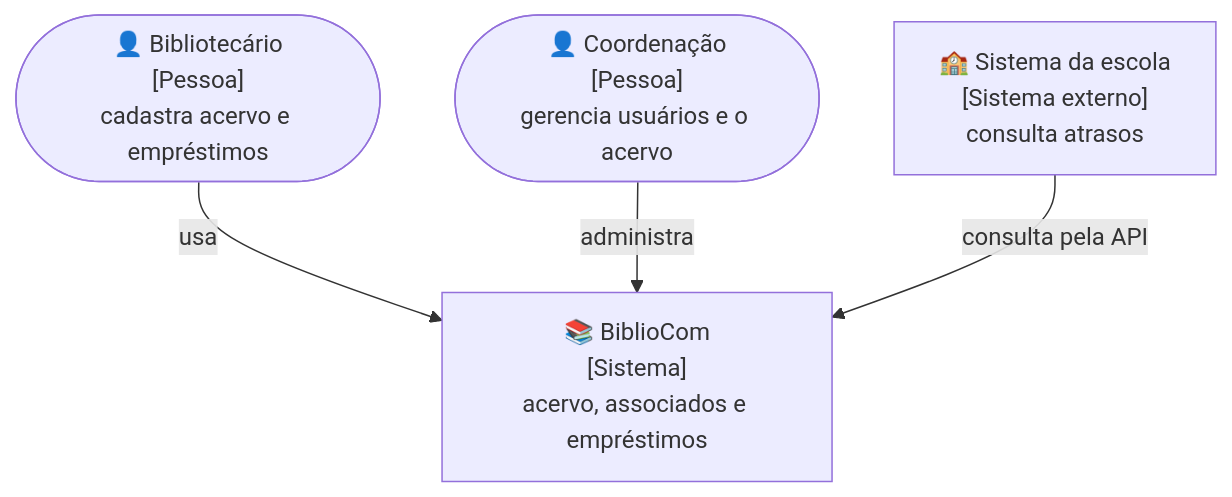
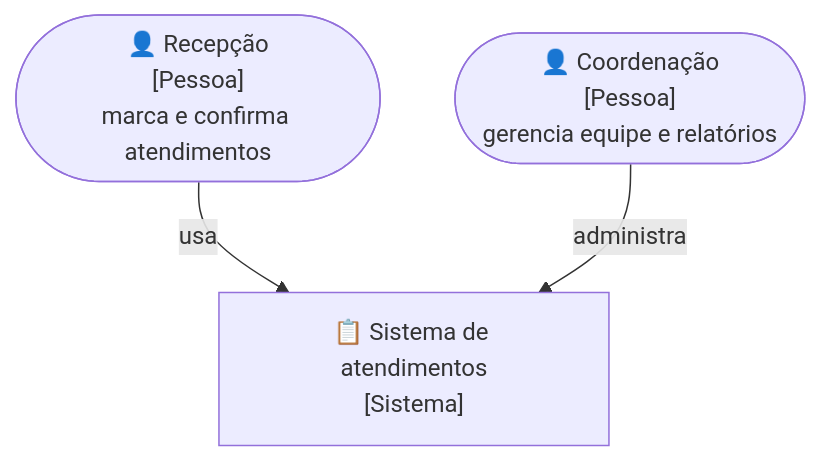
One commit to heliobentzen/dpw changed the first of 3 diagrams in modulos/02-arquitetura-desacoplada/README.md. Above: the diagram before and after it, drawn with Mermaid. The commit also changed other lines of this file and 78 other files, not shown here.

````diff
--- a/modulos/02-arquitetura-desacoplada/README.md
+++ b/modulos/02-arquitetura-desacoplada/README.md
@@ -133,10 +70,8 @@
 ```mermaid
 flowchart TB
-    B(["👤 Bibliotecário<br/>[Pessoa]<br/>cadastra acervo e empréstimos"])
-    C(["👤 Coordenação<br/>[Pessoa]<br/>gerencia usuários e o acervo"])
-    S["📚 BiblioCom<br/>[Sistema]<br/>acervo, associados e empréstimos"]
-    E["🏫 Sistema da escola<br/>[Sistema externo]<br/>consulta atrasos"]
-    B -- "usa" --> S
+    R(["👤 Recepção<br/>[Pessoa]<br/>marca e confirma atendimentos"])
+    C(["👤 Coordenação<br/>[Pessoa]<br/>gerencia equipe e relatórios"])
+    S["📋 Sistema de atendimentos<br/>[Sistema]"]
+    R -- "usa" --> S
     C -- "administra" --> S
-    E -- "consulta pela API" --> S
 ```
````
